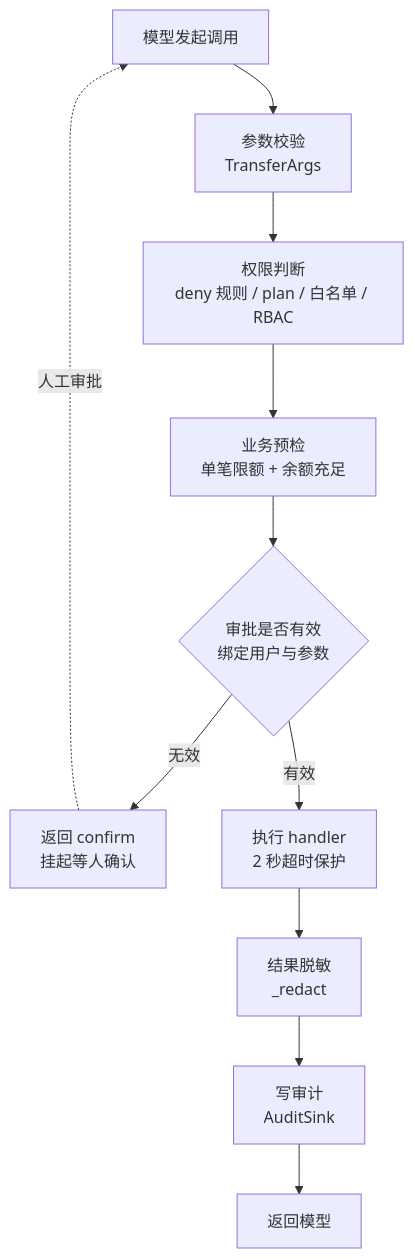
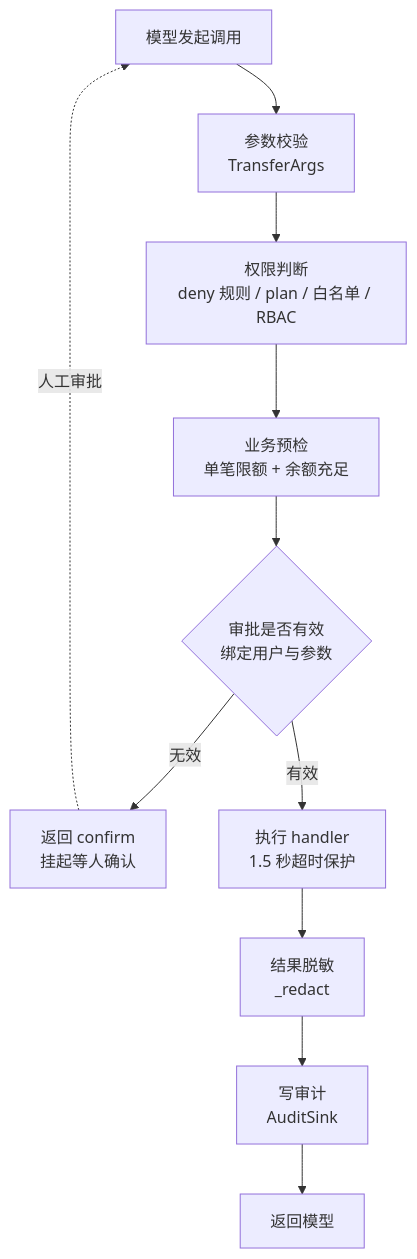
One commit to ZJFCEO/week_02_cc changed the diagram in README.md. Above: the diagram before and after it, drawn with Mermaid. The commit also changed other lines of this file and 4 other files, not shown here.

````diff
--- a/README.md
+++ b/README.md
@@ -52,13 +52,13 @@
 ```mermaid
 flowchart TD
     A[模型发起调用] --> B[参数校验<br/>TransferArgs]
     B --> C[权限判断<br/>deny 规则 / plan / 白名单 / RBAC]
     C --> D[业务预检<br/>单笔限额 + 余额充足]
     D --> E{审批是否有效<br/>绑定用户与参数}
     E -->|无效| F[返回 confirm<br/>挂起等人确认]
     F -.人工审批.-> A
-    E -->|有效| G[执行 handler<br/>2 秒超时保护]
+    E -->|有效| G[执行 handler<br/>1.5 秒超时保护]
     G --> H[结果脱敏<br/>_redact]
     H --> I[写审计<br/>AuditSink]
     I --> J[返回模型]
 ```
````
